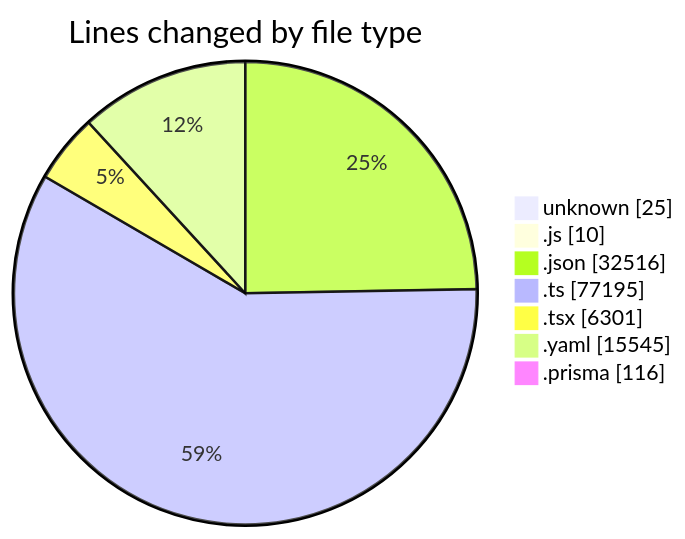
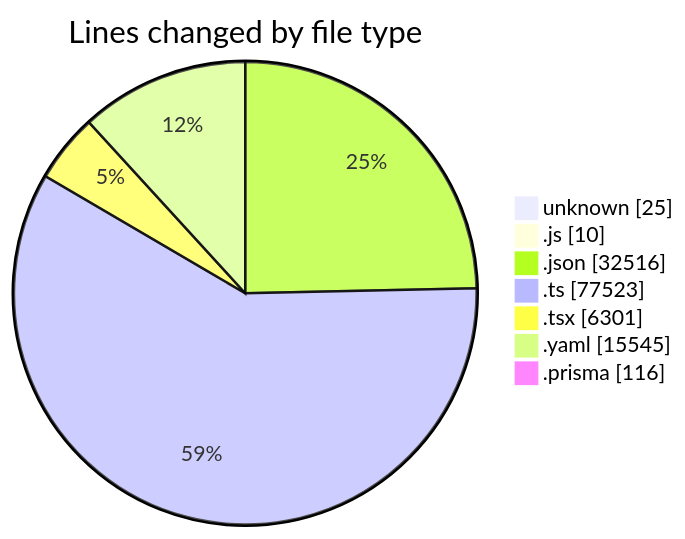
The first of 2 diagrams in 2025-05-02/ecodeli/README.md (CELIANVF/code-tracking), drawn with Mermaid before and after one commit. The commit also changed other lines of this file and 1 other file, not shown here.

````diff
--- a/2025-05-02/ecodeli/README.md
+++ b/2025-05-02/ecodeli/README.md
@@ -89,11 +90,11 @@
 ```mermaid
 pie showData
 title Lines changed by file type
 "unknown" : 25
 ".js" : 10
 ".json" : 32516
-".ts" : 77195
+".ts" : 77523
 ".tsx" : 6301
 ".yaml" : 15545
 ".prisma" : 116
 ```
````
